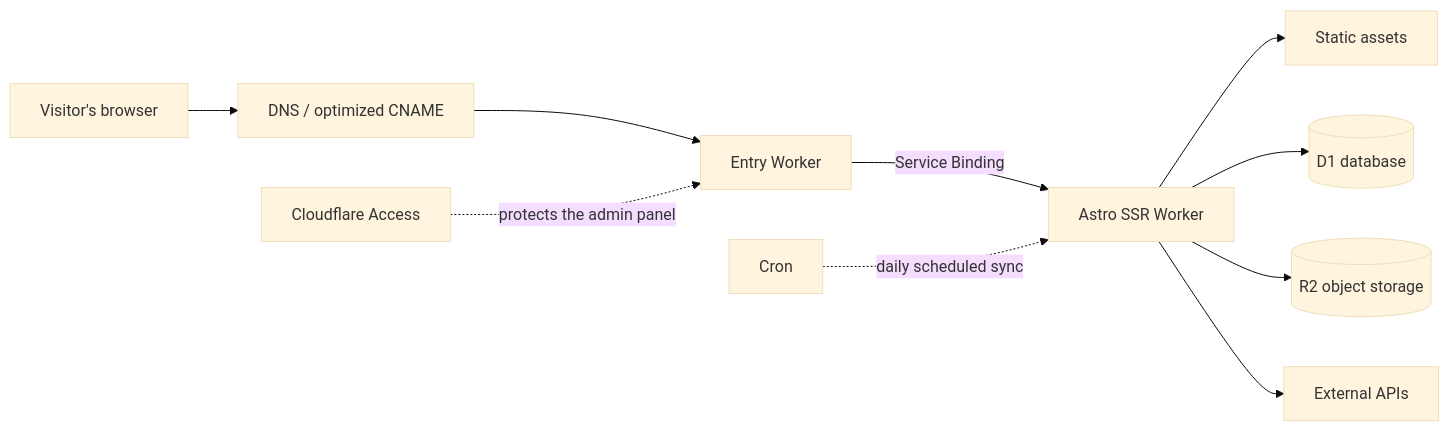
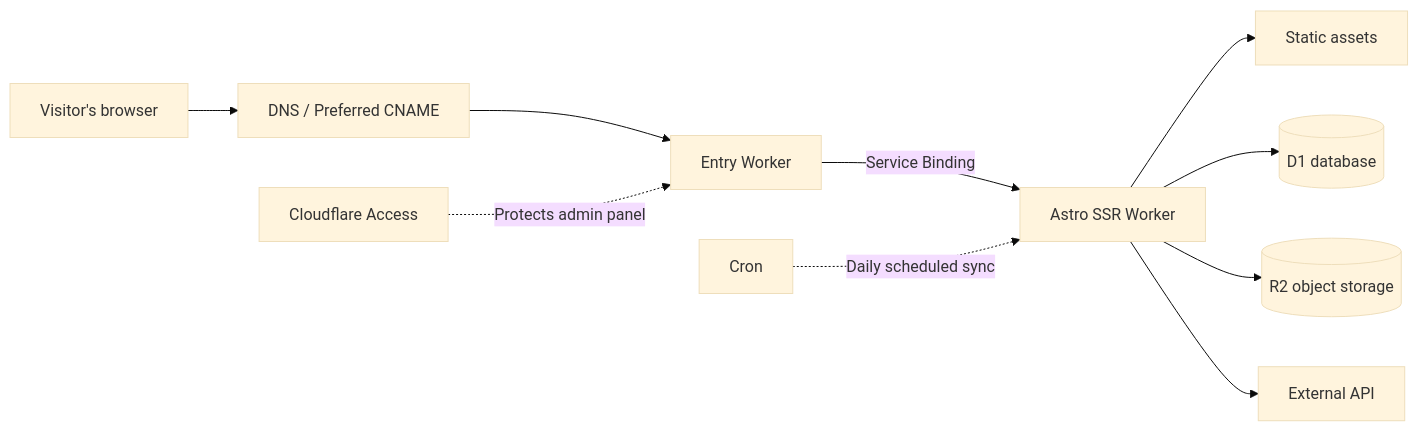
The first of 2 diagrams in src/i18n/content/en/blog/基于Cloudflare构建个人网站.md (Edmounds/blog_web), drawn with Mermaid (base theme) before and after one commit. The commit also changed other lines of this file and 9 other files, not shown here.

````diff
--- a/src/i18n/content/en/blog/基于Cloudflare构建个人网站.md
+++ b/src/i18n/content/en/blog/基于Cloudflare构建个人网站.md
@@ -20,13 +18,13 @@
 ```mermaid
 flowchart LR
-  V[Visitor's browser] --> D[DNS / optimized CNAME]
+  V[Visitor's browser] --> D[DNS / Preferred CNAME]
   D --> E[Entry Worker]
   E -->|Service Binding| A[Astro SSR Worker]
   A --> S[Static assets]
   A --> Q[(D1 database)]
   A --> R[(R2 object storage)]
-  A --> X[External APIs]
+  A --> X[External API]
 
-  C[Cloudflare Access] -.protects the admin panel.-> E
-  K[Cron] -.daily scheduled sync.-> A
+  C[Cloudflare Access] -.Protects admin panel.-> E
+  K[Cron] -.Daily scheduled sync.-> A
 ```
````
